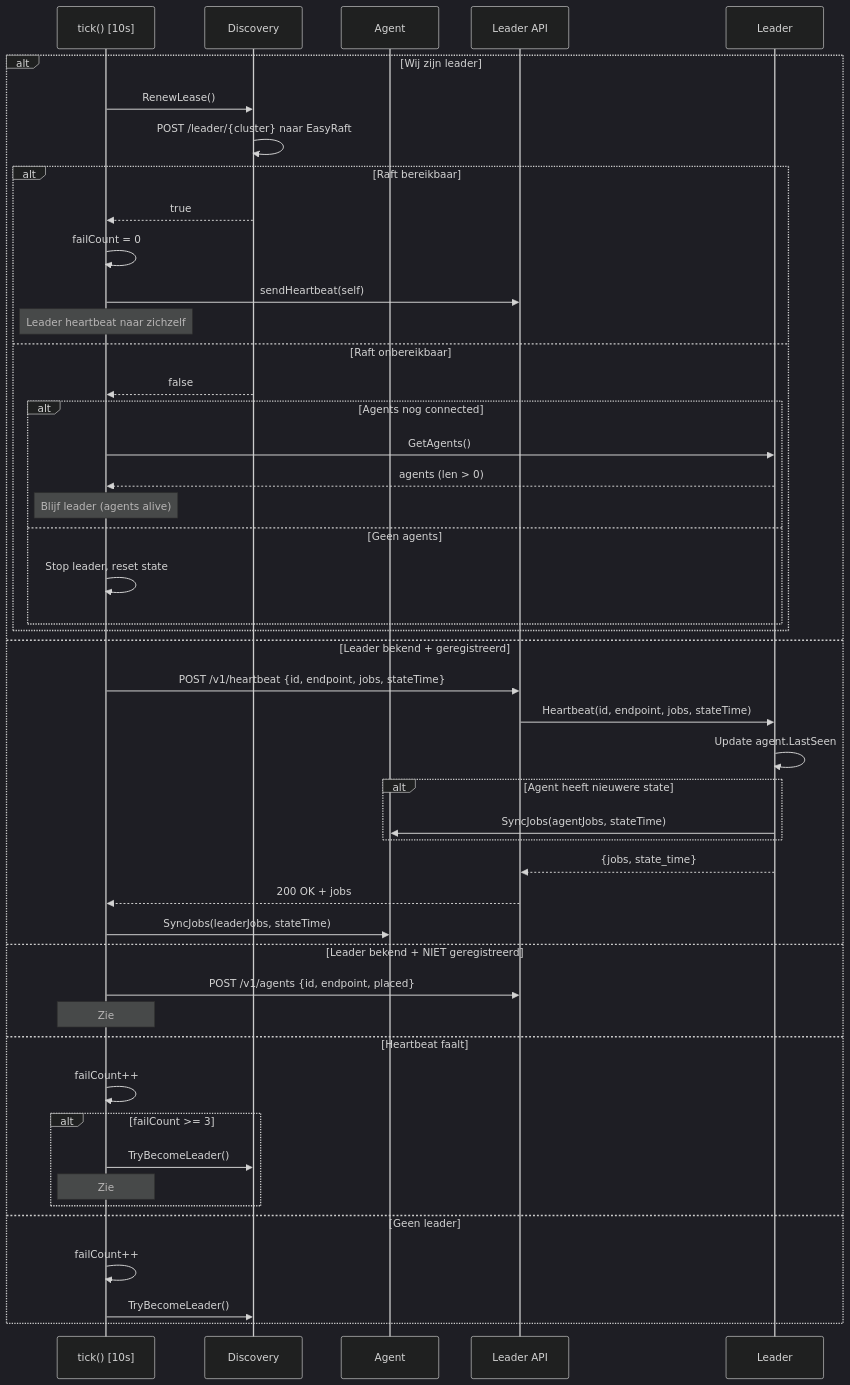
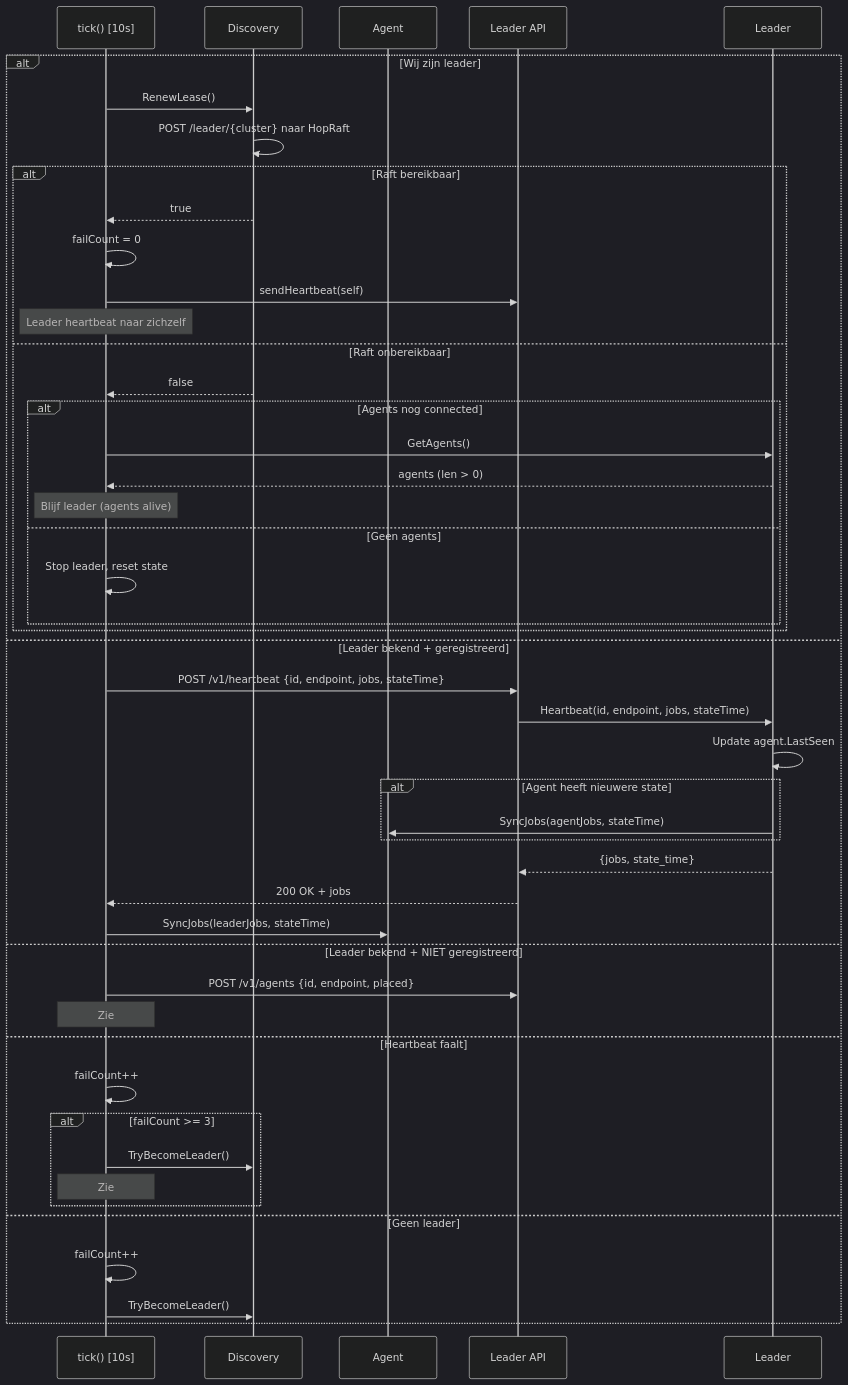
Before and after one commit to xinix00/easyrun: the third of 14 diagrams in SEQUENCES.md, drawn with Mermaid (dark theme). The commit also changed other lines of this file and 85 other files, not shown here.

````diff
--- a/SEQUENCES.md
+++ b/SEQUENCES.md
@@ -129,50 +129,50 @@
 ```mermaid
 sequenceDiagram
     participant T as tick() [10s]
     participant D as Discovery
     participant A as Agent
     participant API as Leader API
     participant L as Leader
 
     alt Wij zijn leader
         T->>D: RenewLease()
-        D->>D: POST /leader/{cluster} naar EasyRaft
+        D->>D: POST /leader/{cluster} naar HopRaft
         alt Raft bereikbaar
             D-->>T: true
             T->>T: failCount = 0
             T->>API: sendHeartbeat(self)
             Note over T: Leader heartbeat naar zichzelf
         else Raft onbereikbaar
             D-->>T: false
             alt Agents nog connected
                 T->>L: GetAgents()
                 L-->>T: agents (len > 0)
                 Note over T: Blijf leader (agents alive)
             else Geen agents
                 T->>T: Stop leader, reset state
             end
         end
     else Leader bekend + geregistreerd
         T->>API: POST /v1/heartbeat {id, endpoint, jobs, stateTime}
         API->>L: Heartbeat(id, endpoint, jobs, stateTime)
         L->>L: Update agent.LastSeen
         alt Agent heeft nieuwere state
             L->>A: SyncJobs(agentJobs, stateTime)
         end
         L-->>API: {jobs, state_time}
         API-->>T: 200 OK + jobs
         T->>A: SyncJobs(leaderJobs, stateTime)
     else Leader bekend + NIET geregistreerd
         T->>API: POST /v1/agents {id, endpoint, placed}
         Note over T: Zie #4 Agent Registration
     else Heartbeat faalt
         T->>T: failCount++
         alt failCount >= 3
             T->>D: TryBecomeLeader()
             Note over T: Zie #2 Leader Election
         end
     else Geen leader
         T->>T: failCount++
         T->>D: TryBecomeLeader()
     end
 ```
````
